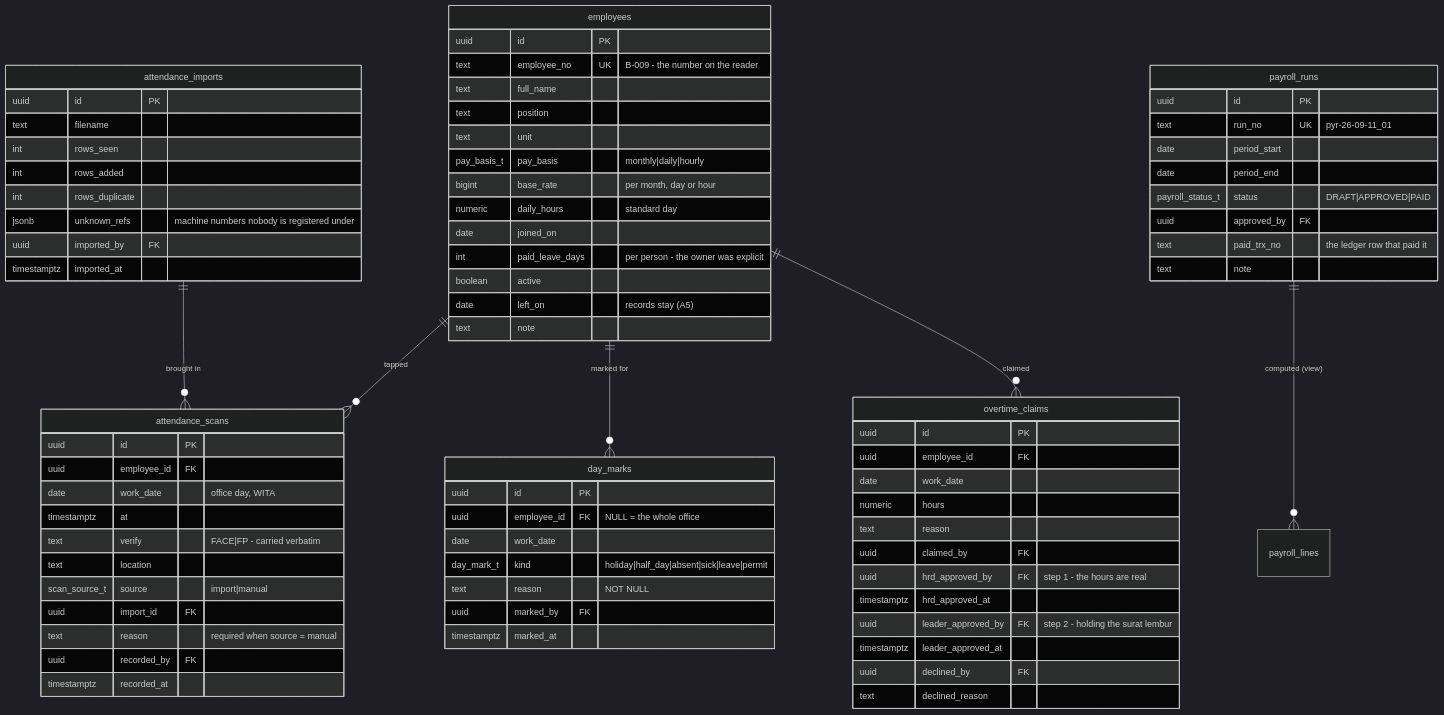
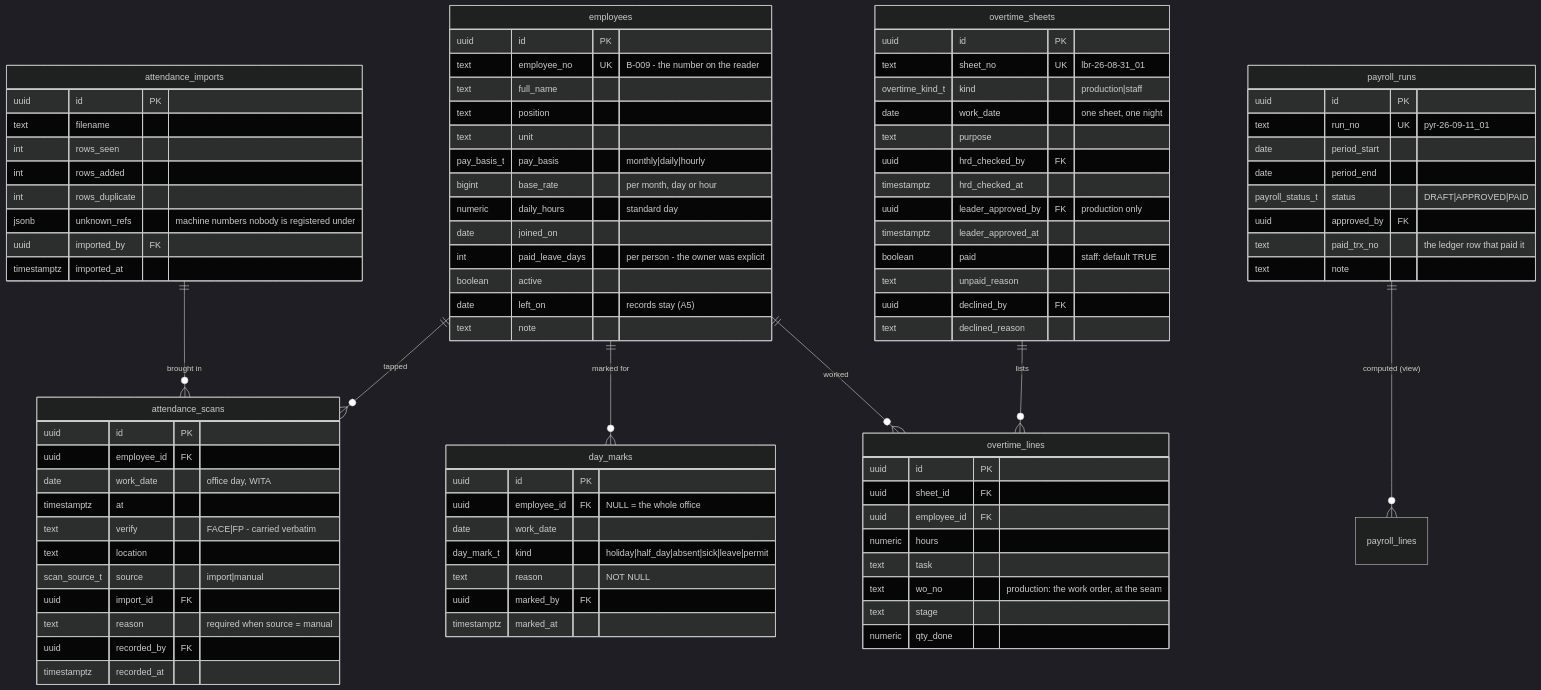
Before and after one commit to talait/ops-talaliving: the sixth of 7 diagrams in docs/plan/02-database.md, drawn with Mermaid (dark theme). The commit also changed other lines of this file and 33 other files, not shown here.

```diff
--- a/docs/plan/02-database.md
+++ b/docs/plan/02-database.md
@@ -1143,7 +1143,8 @@
 erDiagram
     employees ||--o{ attendance_scans : "tapped"
     employees ||--o{ day_marks : "marked for"
-    employees ||--o{ overtime_claims : "claimed"
+    employees ||--o{ overtime_lines : "worked"
+    overtime_sheets ||--o{ overtime_lines : "lists"
     attendance_imports ||--o{ attendance_scans : "brought in"
     payroll_runs ||--o{ payroll_lines : "computed (view)"
 
@@ -1194,19 +1195,30 @@
         uuid marked_by FK
         timestamptz marked_at
     }
-    overtime_claims {
+    overtime_sheets {
         uuid id PK
-        uuid employee_id FK
-        date work_date
-        numeric hours
-        text reason
-        uuid claimed_by FK
-        uuid hrd_approved_by FK "step 1 - the hours are real"
-        timestamptz hrd_approved_at
-        uuid leader_approved_by FK "step 2 - holding the surat lembur"
+        text sheet_no UK "lbr-26-08-31_01"
+        overtime_kind_t kind "production|staff"
+        date work_date "one sheet, one night"
+        text purpose
+        uuid hrd_checked_by FK
+        timestamptz hrd_checked_at
+        uuid leader_approved_by FK "production only"
         timestamptz leader_approved_at
+        boolean paid "staff: default TRUE"
+        text unpaid_reason
         uuid declined_by FK
         text declined_reason
+    }
+    overtime_lines {
+        uuid id PK
+        uuid sheet_id FK
+        uuid employee_id FK
+        numeric hours
+        text task
+        text wo_no "production: the work order, at the seam"
+        text stage
+        numeric qty_done
     }
     payroll_runs {
         uuid id PK
```
